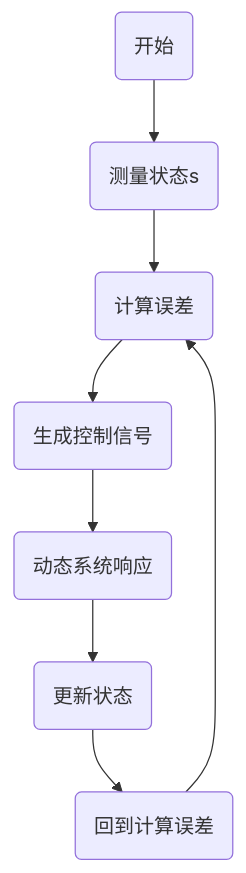
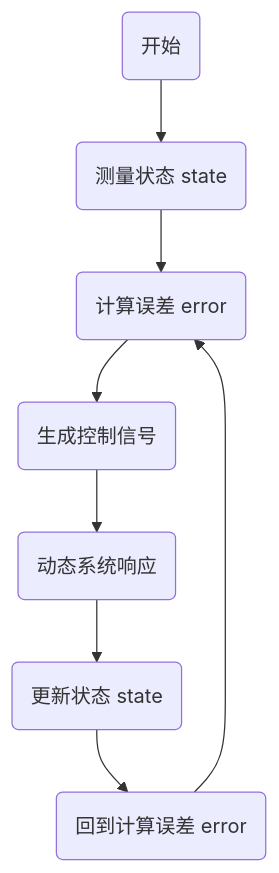
One commit to chao-8xx/stackedit-app-data changed the second of 2 diagrams in 基于PID的四旋翼无人机轨迹跟踪控制.md. Above: the diagram before and after it, drawn with Mermaid. The commit also changed other lines of this file, not shown here.

Commit message:
基于PID的四旋翼无人机轨迹跟踪控制.md updated from https://stackedit.cn/

````diff
--- a/基于PID的四旋翼无人机轨迹跟踪控制.md
+++ b/基于PID的四旋翼无人机轨迹跟踪控制.md
@@ -106,18 +106,18 @@
   ```mermaid
 graph TD
     A(开始)
-    B(测量状态s)
-    C(计算误差)
+    B(测量状态 state)
+    C(计算误差 error)
     D(生成控制信号)
     E(动态系统响应)
-    F(更新状态)
-    G(回到计算误差)
+    F(更新状态 state)
+    G(回到计算误差 error)
     
     A --> B
     B --> C
     C --> D
     D --> E
     E --> F
     F --> G
     G --> C
 ```
````
